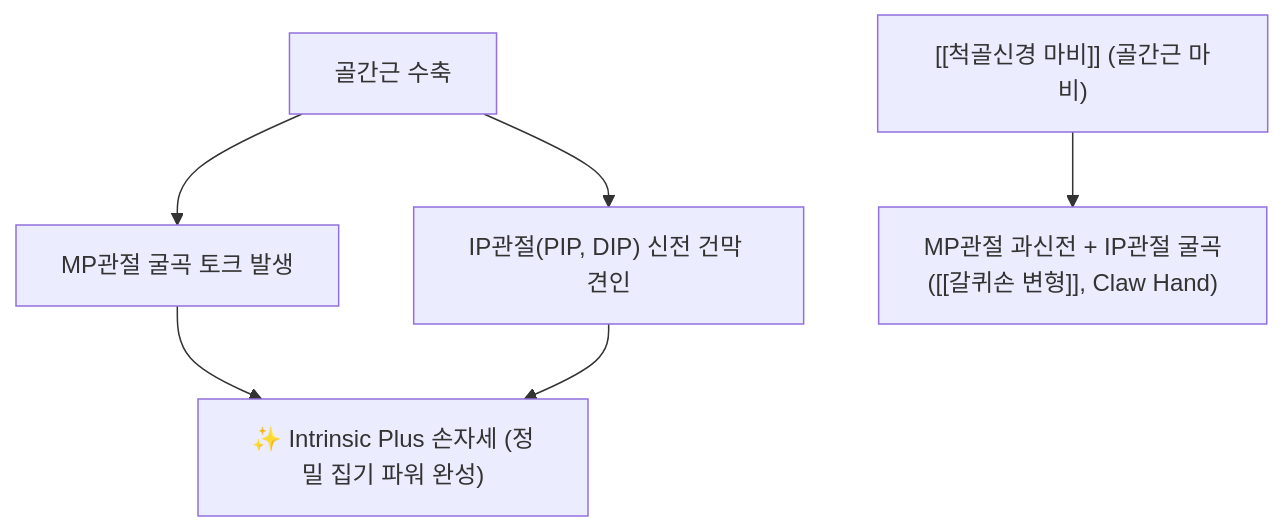
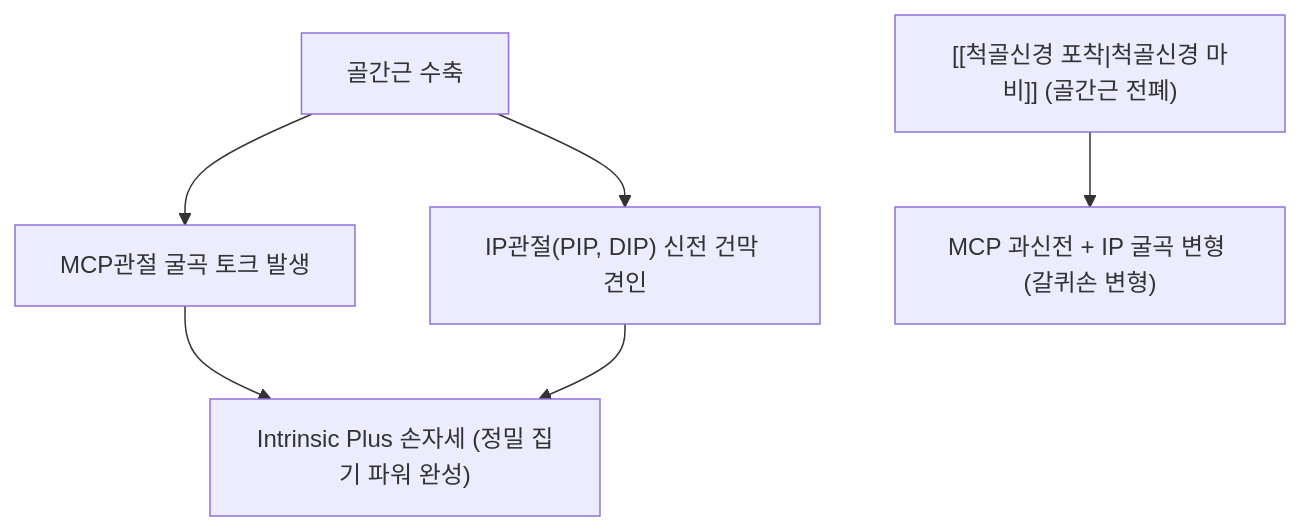
One commit to simbio11/simbio-digital-garden2 changed the second of 3 diagrams in content/1. 근골격계 공부/근육/(7) 수부/골간근.md. Above: the diagram before and after it, drawn with Mermaid. The commit also changed other lines of this file and 122 other files, not shown here.

````diff
--- a/content/1. 근골격계 공부/근육/(7) 수부/골간근.md
+++ b/content/1. 근골격계 공부/근육/(7) 수부/골간근.md
@@ -60,8 +64,7 @@
 ```mermaid
 graph TD
-    InterosseiTight["골간근 수축"] --> MP_Flex["MP관절 굴곡 토크 발생"]
+    InterosseiTight["골간근 수축"] --> MP_Flex["MCP관절 굴곡 토크 발생"]
     InterosseiTight --> IP_Ext["IP관절(PIP, DIP) 신전 건막 견인"]
-    MP_Flex & IP_Ext --> IntrinsicPlus["✨ Intrinsic Plus 손자세 (정밀 집기 파워 완성)"]
-    UlnarPalsy["[[척골신경 마비]] (골간근 마비)"] --> ClawHand["MP관절 과신전 + IP관절 굴곡
-([[갈퀴손 변형]], Claw Hand)"]
+    MP_Flex & IP_Ext --> IntrinsicPlus["Intrinsic Plus 손자세 (정밀 집기 파워 완성)"]
+    UlnarPalsy["[[척골신경 포착|척골신경 마비]] (골간근 전폐)"] --> ClawHand["MCP 과신전 + IP 굴곡 변형 (갈퀴손 변형)"]
 ```
````
